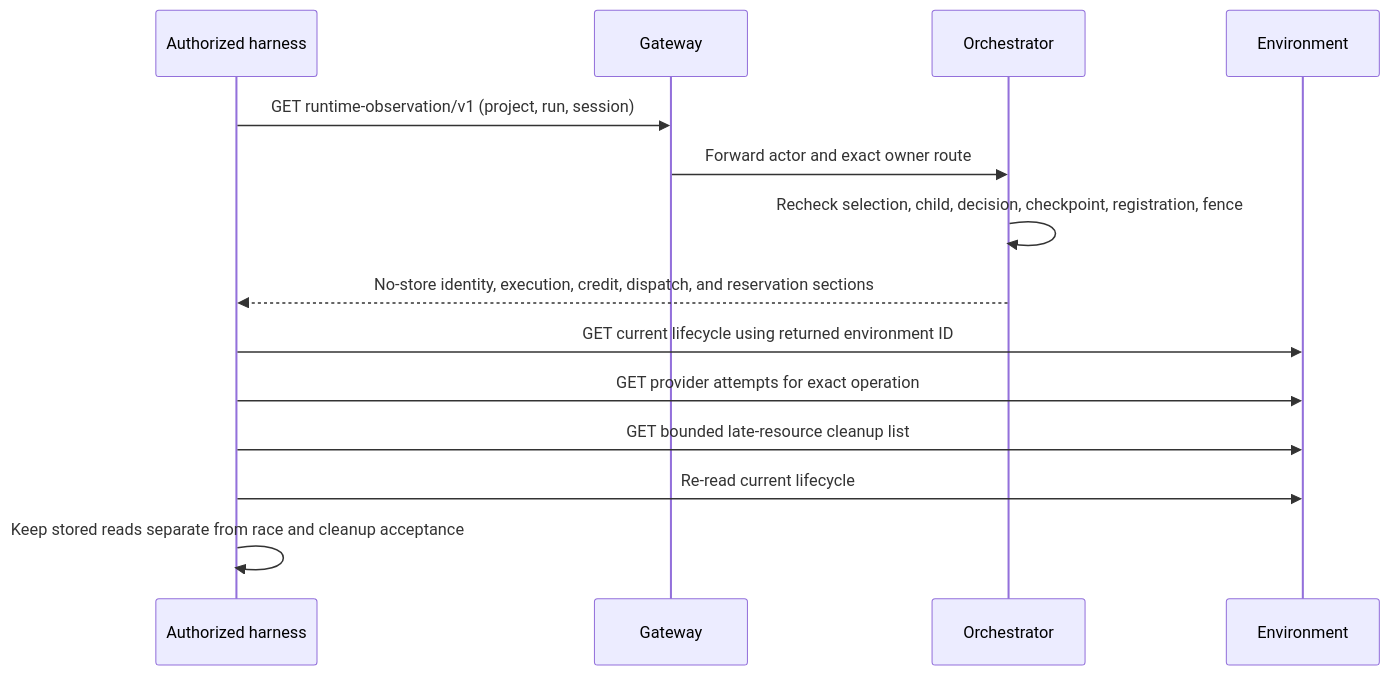
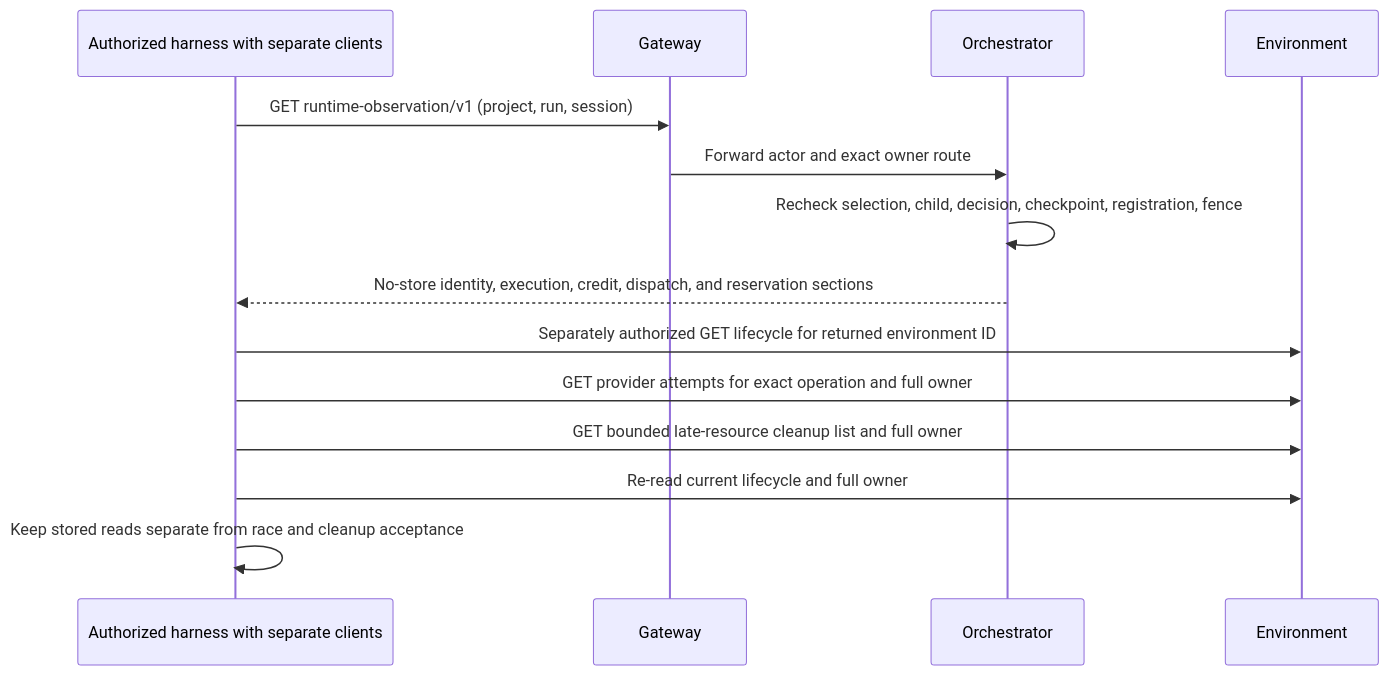
Before and after one commit to sabbour/agentweaver: the first of 6 diagrams in docs/architecture/design/sessions-and-coordination.md, drawn with Mermaid. The commit also changed other lines of this file and 5 other files, not shown here.

````diff
--- a/docs/architecture/design/sessions-and-coordination.md
+++ b/docs/architecture/design/sessions-and-coordination.md
@@ -192,16 +196,16 @@
 ```mermaid
 sequenceDiagram
-    participant H as Authorized harness
+    participant H as Authorized harness with separate clients
     participant G as Gateway
     participant O as Orchestrator
     participant E as Environment
     H->>G: GET runtime-observation/v1 (project, run, session)
     G->>O: Forward actor and exact owner route
     O->>O: Recheck selection, child, decision, checkpoint, registration, fence
     O-->>H: No-store identity, execution, credit, dispatch, and reservation sections
-    H->>E: GET current lifecycle using returned environment ID
-    H->>E: GET provider attempts for exact operation
-    H->>E: GET bounded late-resource cleanup list
-    H->>E: Re-read current lifecycle
+    H->>E: Separately authorized GET lifecycle for returned environment ID
+    H->>E: GET provider attempts for exact operation and full owner
+    H->>E: GET bounded late-resource cleanup list and full owner
+    H->>E: Re-read current lifecycle and full owner
     H->>H: Keep stored reads separate from race and cleanup acceptance
 ```
````
